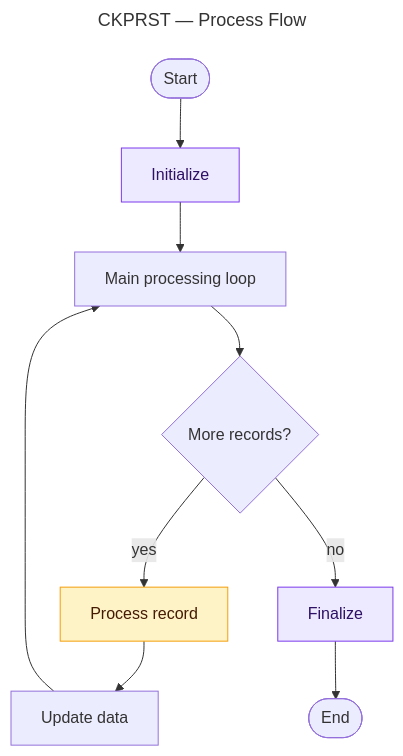
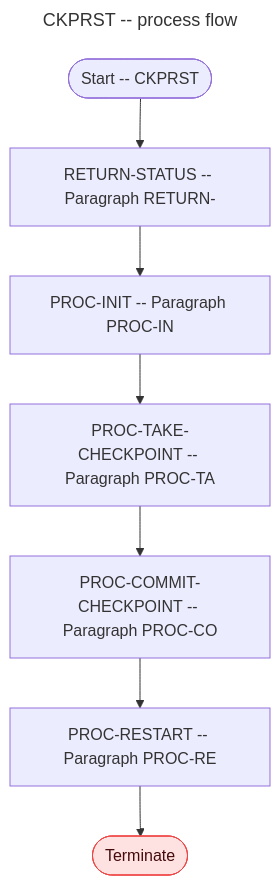
Before and after one commit to Udaradg/legacy-modernization-harness: the diagram in output/diagram/diagrams/flow_CKPRST.mmd, drawn with Mermaid. The commit also changed 202 other files, not shown here.

```diff
--- a/output/diagram/diagrams/flow_CKPRST.mmd
+++ b/output/diagram/diagrams/flow_CKPRST.mmd
@@ -1,27 +1,28 @@
 ---
-title: CKPRST — Process Flow
+title: CKPRST -- process flow
 ---
 flowchart TD
-  %% Generated by 6_diagram agent — sequence-builder skill
-  %% Program: CKPRST (batch) — 1 paragraphs
+  %% Generated by 6_diagram agent -- sequence-builder skill
+  %% Program: CKPRST -- 5 paragraphs
 
   classDef rule     fill:#ede9fe,stroke:#7c3aed,color:#2e1065
-  classDef ioOp     fill:#fef3c7,stroke:#f59e0b,color:#451a03
+  classDef io       fill:#fef3c7,stroke:#f59e0b,color:#451a03
+  classDef terminal fill:#fee2e2,stroke:#ef4444,color:#450a0a
+  classDef deadCode fill:#f3f4f6,stroke:#9ca3af,color:#9ca3af,stroke-dasharray:5 5
+  classDef loop     fill:#d1fae5,stroke:#10b981,color:#064e3b
 
-  START([Start])
-  INIT[Initialize]:::rule
-  MAIN[Main processing loop]
-  CHECK{More records?}
-  PROCESS[Process record]:::ioOp
-  UPDATE[Update data]
-  FINALIZE[Finalize]:::rule
-  END([End])
+  START(["Start -- CKPRST"])
+  RETURN_STATUS["RETURN-STATUS -- Paragraph RETURN-"]
+  PROC_INIT["PROC-INIT -- Paragraph PROC-IN"]
+  PROC_TAKE_CHECKPOINT["PROC-TAKE-CHECKPOINT -- Paragraph PROC-TA"]
+  PROC_COMMIT_CHECKPOINT["PROC-COMMIT-CHECKPOINT -- Paragraph PROC-CO"]
+  PROC_RESTART["PROC-RESTART -- Paragraph PROC-RE"]
 
-  START --> INIT
-  INIT --> MAIN
-  MAIN --> CHECK
-  CHECK -->|yes| PROCESS
-  PROCESS --> UPDATE
-  UPDATE --> MAIN
-  CHECK -->|no| FINALIZE
-  FINALIZE --> END
+  TERMINAL(["Terminate"]):::terminal
+
+  START --> RETURN_STATUS
+  RETURN_STATUS --> PROC_INIT
+  PROC_INIT --> PROC_TAKE_CHECKPOINT
+  PROC_TAKE_CHECKPOINT --> PROC_COMMIT_CHECKPOINT
+  PROC_COMMIT_CHECKPOINT --> PROC_RESTART
+  PROC_RESTART --> TERMINAL
```
